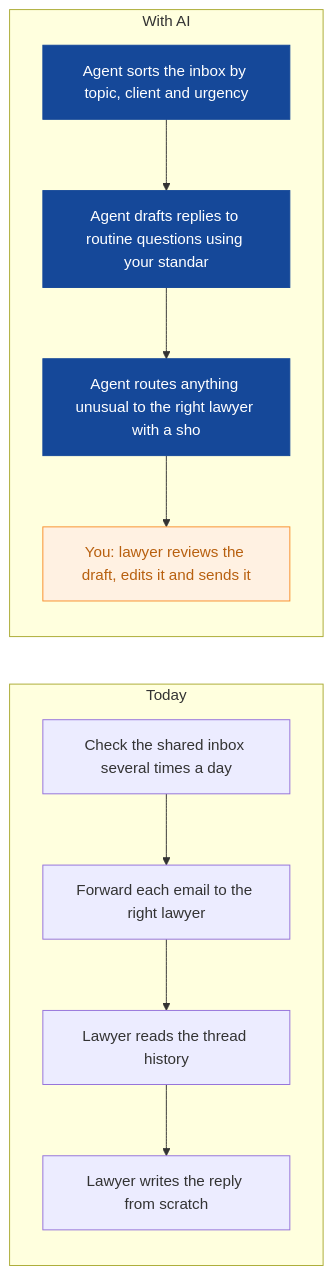
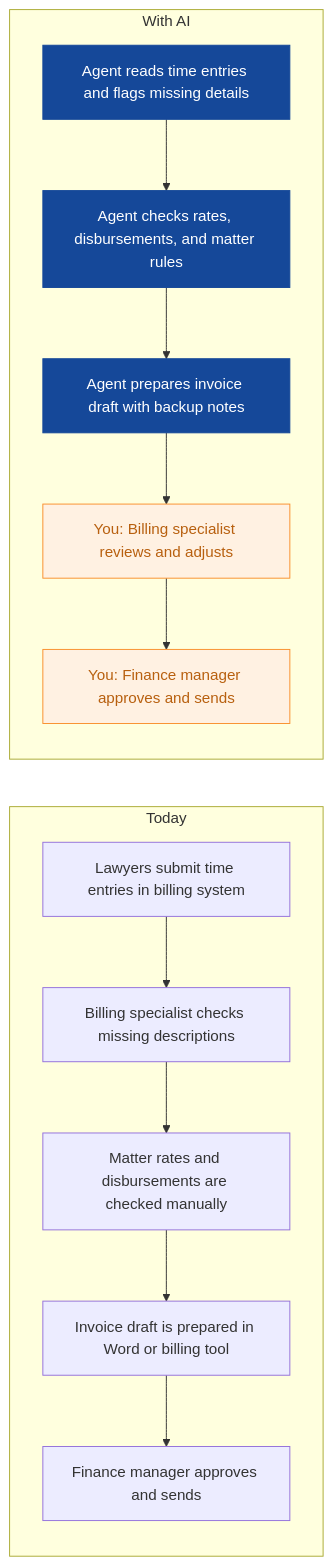
Before and after one commit to nexibeo/Complete-AI-Strategy: the fifth of 9 diagrams in strategies/lumen-legal.md, drawn with Mermaid. The commit also changed other lines of this file and 26 other files, not shown here.

````diff
--- a/strategies/lumen-legal.md
+++ b/strategies/lumen-legal.md
@@ -160,21 +169,23 @@
 ```mermaid
 flowchart LR
   subgraph Today
-    B0["Check the shared inbox several times a day"]
-    B1["Forward each email to the right lawyer"]
-    B2["Lawyer reads the thread history"]
-    B3["Lawyer writes the reply from scratch"]
-    B0 --> B1 --> B2 --> B3
+    B0["Lawyers submit time entries in billing system"]
+    B1["Billing specialist checks missing descriptions"]
+    B2["Matter rates and disbursements are checked manually"]
+    B3["Invoice draft is prepared in Word or billing tool"]
+    B4["Finance manager approves and sends"]
+    B0 --> B1 --> B2 --> B3 --> B4
   end
   subgraph WithAI[With AI]
-    A0["Agent sorts the inbox by topic, client and urgency"]
-    A1["Agent drafts replies to routine questions using your standar"]
-    A2["Agent routes anything unusual to the right lawyer with a sho"]
-    A3["You: lawyer reviews the draft, edits it and sends it"]
-    A0 --> A1 --> A2 --> A3
+    A0["Agent reads time entries and flags missing details"]
+    A1["Agent checks rates, disbursements, and matter rules"]
+    A2["Agent prepares invoice draft with backup notes"]
+    A3["You: Billing specialist reviews and adjusts"]
+    A4["You: Finance manager approves and sends"]
+    A0 --> A1 --> A2 --> A3 --> A4
   end
   classDef ai fill:#154899,color:#fff,stroke:#154899
   classDef human fill:#FFF1E2,color:#B8600F,stroke:#F98F2C
   class A0,A1,A2 ai
-  class A3 human
+  class A3,A4 human
 ```
````
